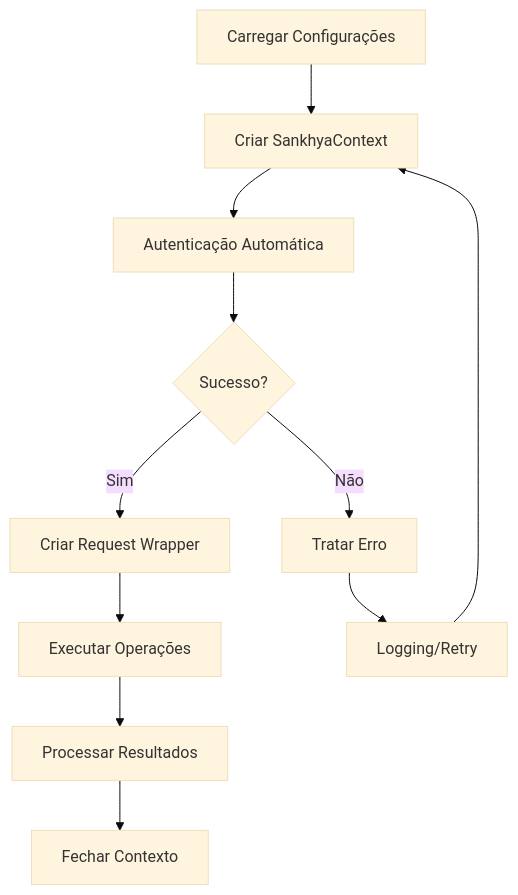
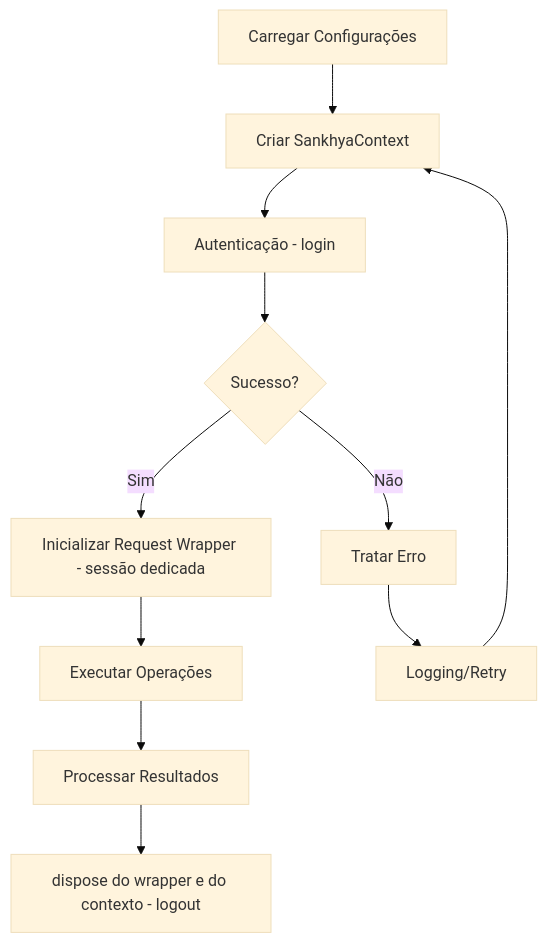
Before and after one commit to ssmvictor/Sankhya-SDK-python: the diagram in docs/getting-started/quick-start.md, drawn with Mermaid (base theme). The commit also changed other lines of this file and 3 other files, not shown here.

````diff
--- a/docs/getting-started/quick-start.md
+++ b/docs/getting-started/quick-start.md
@@ -320,13 +358,13 @@
 ```mermaid
 flowchart TD
     A[Carregar Configurações] --> B[Criar SankhyaContext]
-    B --> C[Autenticação Automática]
+    B --> C[Autenticação - login]
     C --> D{Sucesso?}
     D -->|Não| E[Tratar Erro]
-    D -->|Sim| F[Criar Request Wrapper]
+    D -->|Sim| F[Inicializar Request Wrapper - sessão dedicada]
     F --> G[Executar Operações]
     G --> H[Processar Resultados]
-    H --> I[Fechar Contexto]
+    H --> I[dispose do wrapper e do contexto - logout]
     E --> J[Logging/Retry]
     J --> B
 ```
````
